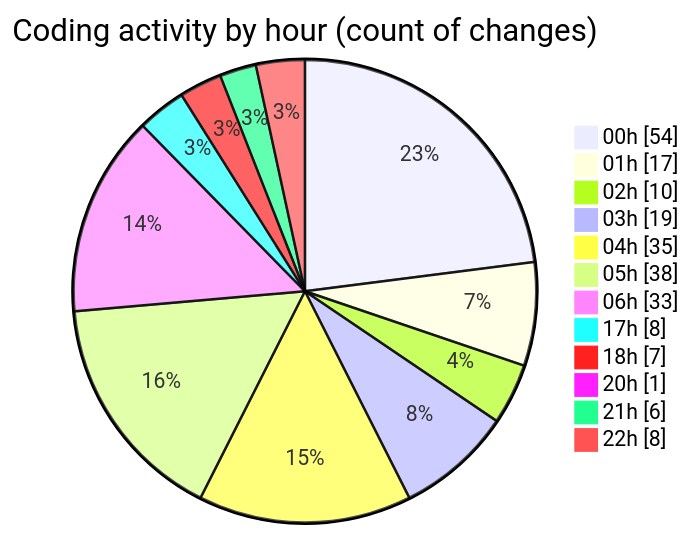
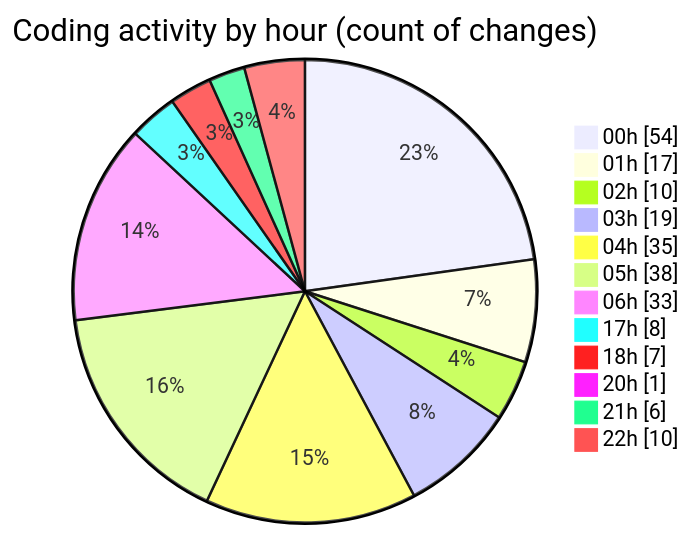
Before and after one commit to lephambinh05/code-tracking: the second of 2 diagrams in 2025-07-26/quanlyrapchieuphim-1/README.md, drawn with Mermaid. The commit also changed other lines of this file and 1 other file, not shown here.

````diff
--- a/2025-07-26/quanlyrapchieuphim-1/README.md
+++ b/2025-07-26/quanlyrapchieuphim-1/README.md
@@ -53,16 +53,16 @@
 ```mermaid
 pie showData
 title Coding activity by hour (count of changes)
 "00h" : 54
 "01h" : 17
 "02h" : 10
 "03h" : 19
 "04h" : 35
 "05h" : 38
 "06h" : 33
 "17h" : 8
 "18h" : 7
 "20h" : 1
 "21h" : 6
-"22h" : 8
+"22h" : 10
 ```
````
